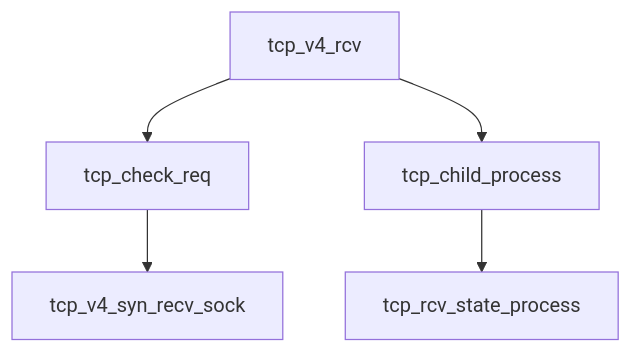
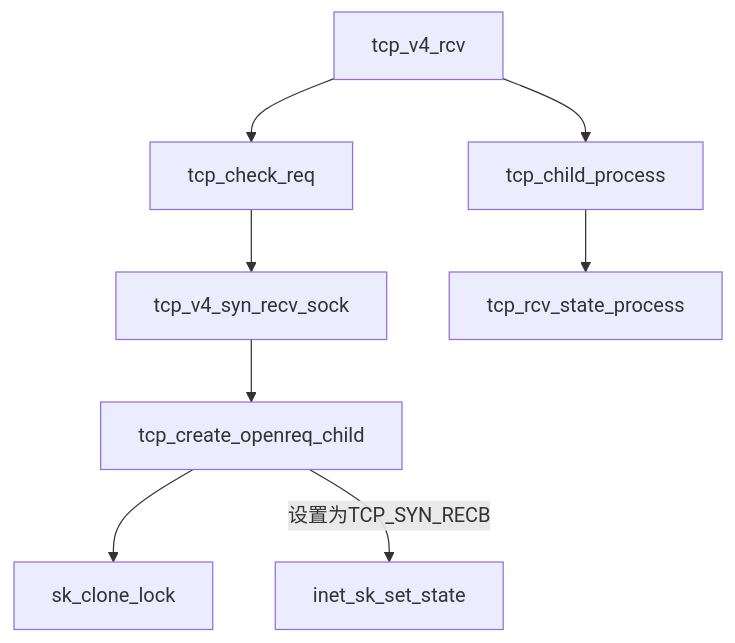
One commit to akai100/job_seek changed the fourth of 4 diagrams in 操作系统/Linux/三次握手机制.md. Above: the diagram before and after it, drawn with Mermaid.

````diff
--- a/操作系统/Linux/三次握手机制.md
+++ b/操作系统/Linux/三次握手机制.md
@@ -34,7 +34,10 @@
 ```mermaid
 graph TD
     A[tcp_v4_rcv] --> B[tcp_check_req]
     B --> D[tcp_v4_syn_recv_sock]
+    D --> F[tcp_create_openreq_child]
+    F --> G[sk_clone_lock]
+    F -->|设置为TCP_SYN_RECB| H[inet_sk_set_state]
     A --> C[tcp_child_process]
     C --> E[tcp_rcv_state_process]
 ```
````
